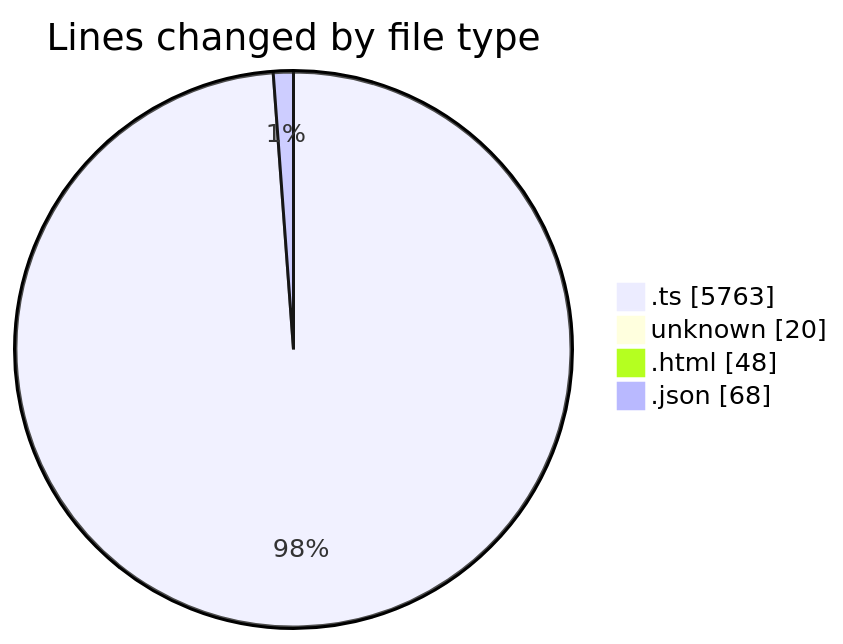
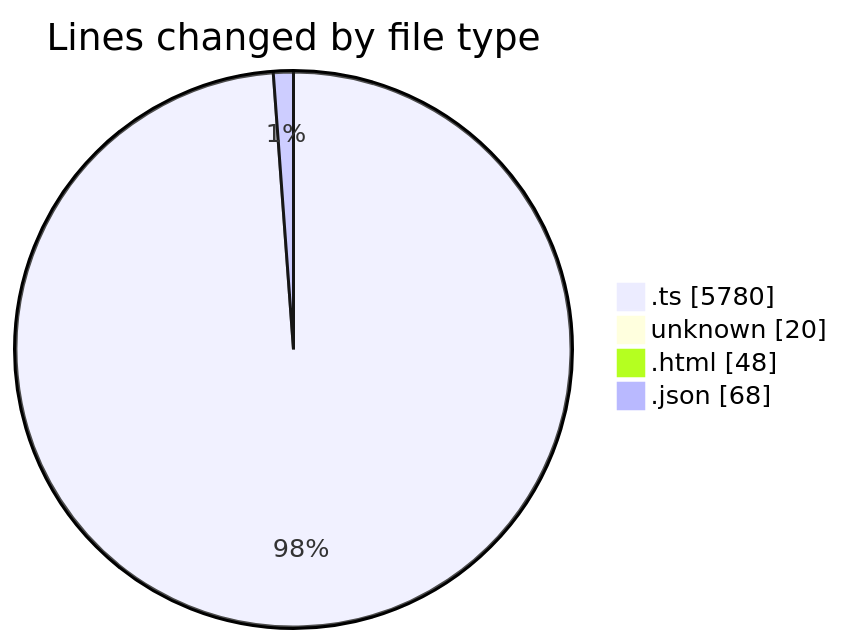
Before and after one commit to tmsrecording-cyber/code-tracking: the first of 2 diagrams in 2026-02-06/singularitybrainai/README.md, drawn with Mermaid. The commit also changed other lines of this file and 1 other file, not shown here.

````diff
--- a/2026-02-06/singularitybrainai/README.md
+++ b/2026-02-06/singularitybrainai/README.md
@@ -32,8 +32,8 @@
 ```mermaid
 pie showData
 title Lines changed by file type
-".ts" : 5763
+".ts" : 5780
 "unknown" : 20
 ".html" : 48
 ".json" : 68
 ```
````
